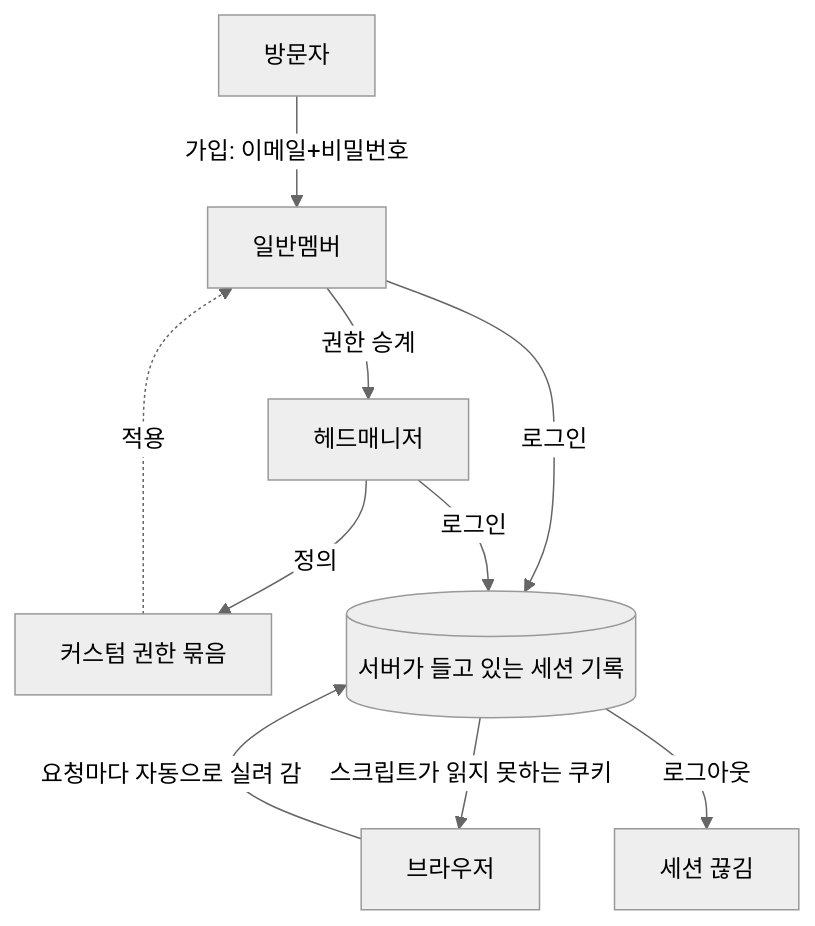
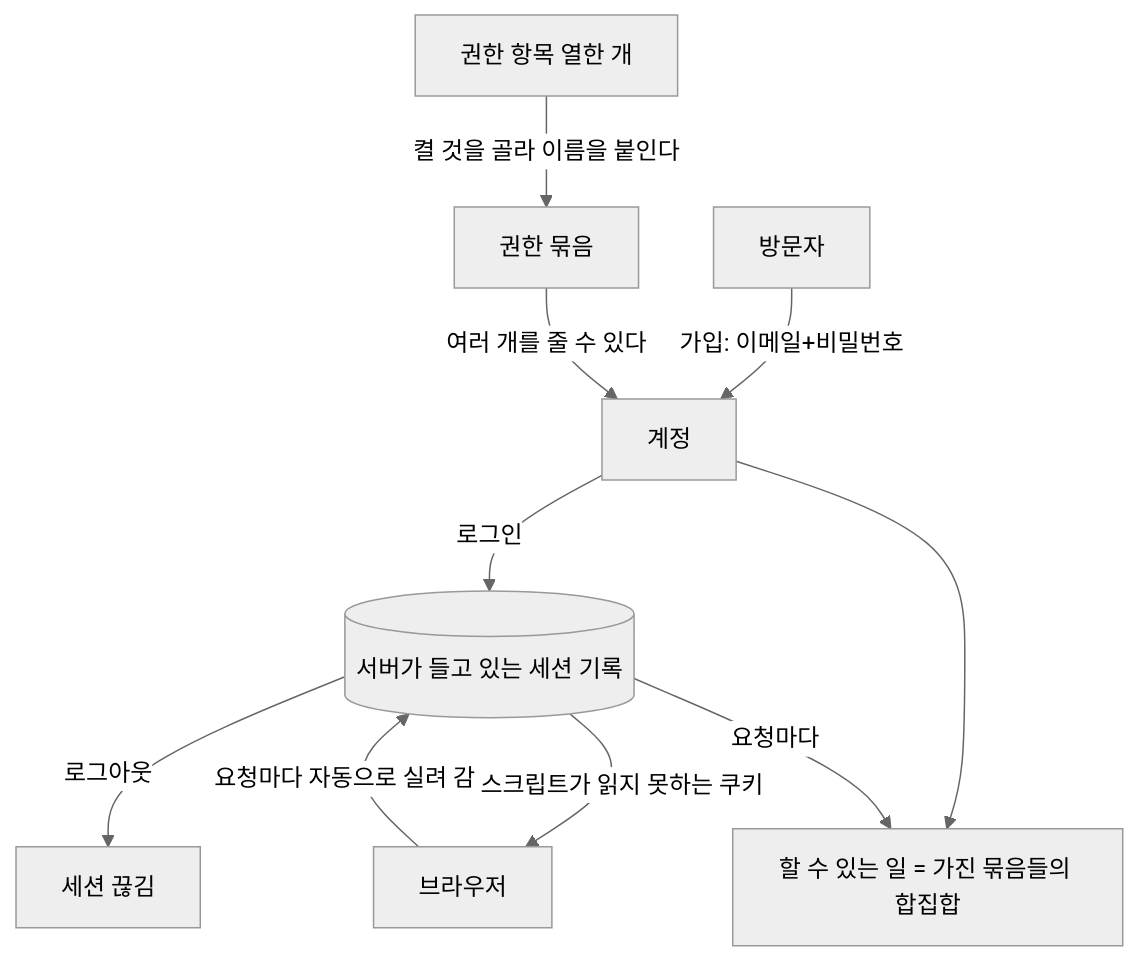
Before and after one commit to minkong-dev/Banblit: the first of 4 diagrams in .cluedoc/accounts-and-roles/README.md, drawn with Mermaid (neutral theme). The commit also changed other lines of this file and 11 other files, not shown here.

````diff
--- a/.cluedoc/accounts-and-roles/README.md
+++ b/.cluedoc/accounts-and-roles/README.md
@@ -24,12 +43,12 @@
 ```mermaid
 flowchart TD
-    V[방문자] -->|가입: 이메일+비밀번호| U[일반멤버]
-    U -->|권한 승계| HM[헤드매니저]
-    HM -->|정의| P[커스텀 권한 묶음]
-    P -.적용.-> U
+    V[방문자] -->|가입: 이메일+비밀번호| U[계정]
     U -->|로그인| S[(서버가 들고 있는 세션 기록)]
-    HM -->|로그인| S
     S -->|스크립트가 읽지 못하는 쿠키| B[브라우저]
     B -->|요청마다 자동으로 실려 감| S
     S -->|로그아웃| X[세션 끊김]
+    I[권한 항목 열한 개] -->|켤 것을 골라 이름을 붙인다| P[권한 묶음]
+    P -->|여러 개를 줄 수 있다| U
+    U --> C[할 수 있는 일 = 가진 묶음들의 합집합]
+    S -->|요청마다| C
 ```
````
